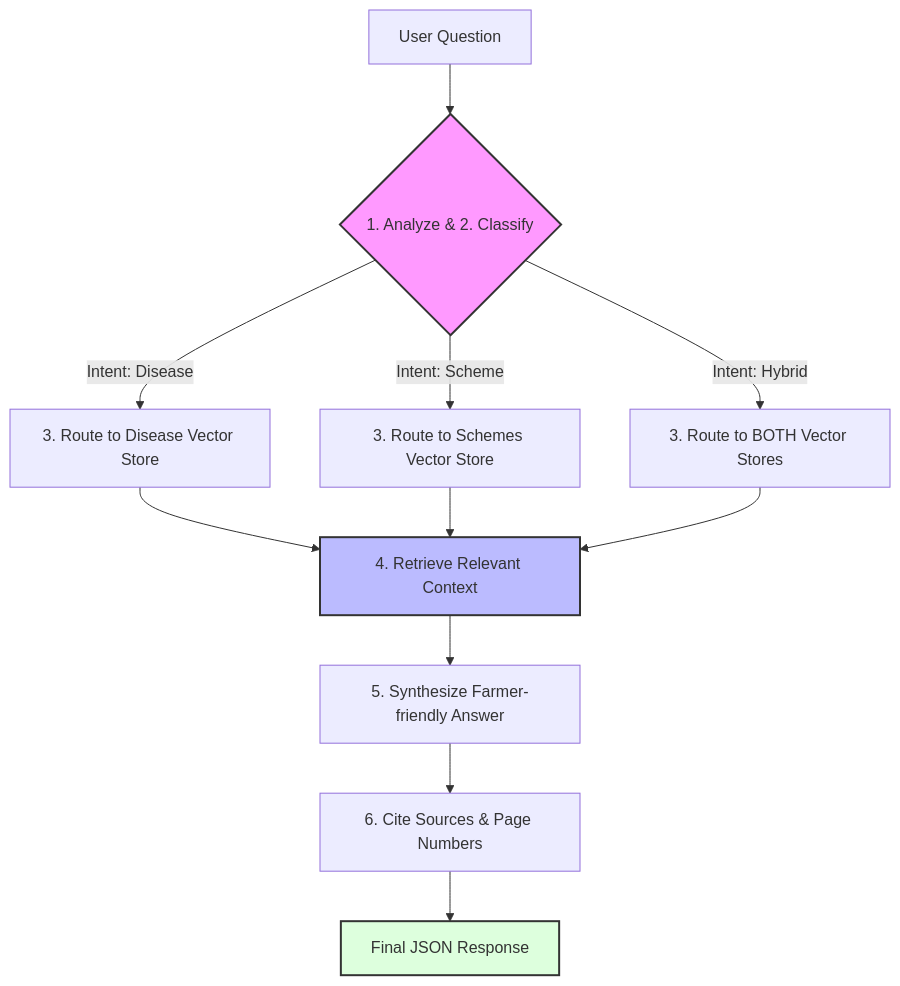
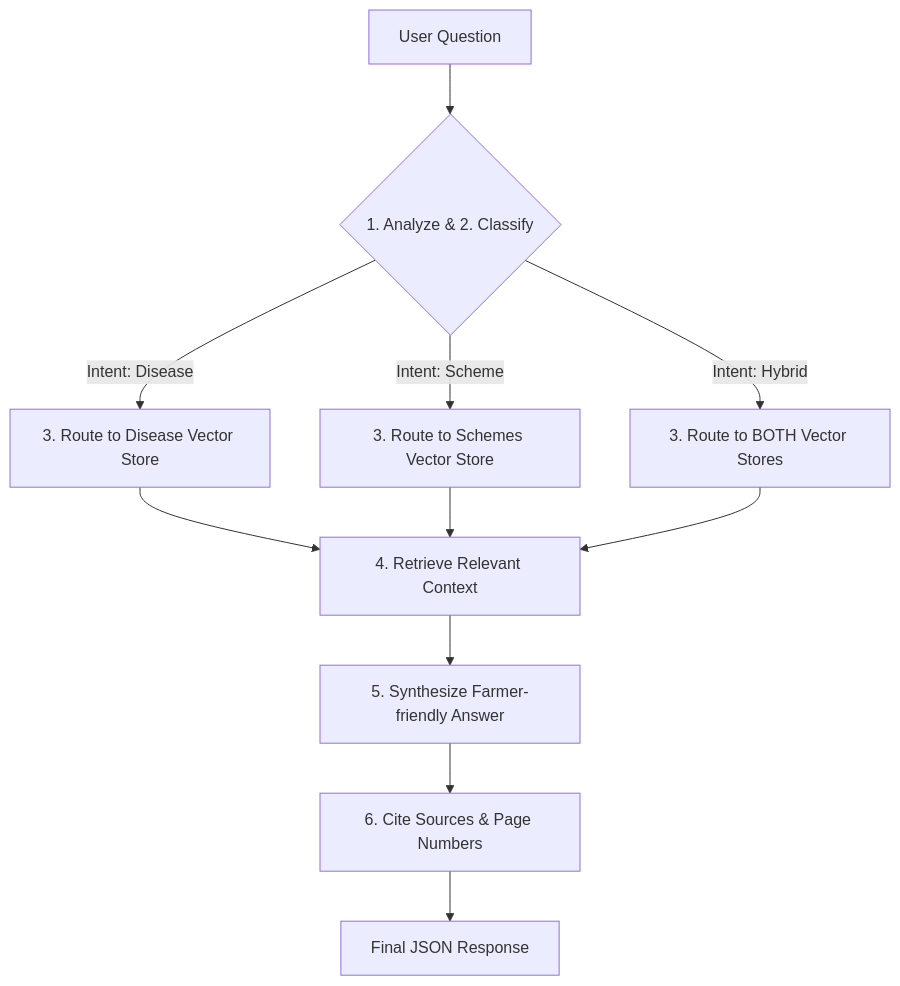
The diagram in README.md (sachin62025/agrigpt-backend), drawn with Mermaid before and after one commit.

````diff
--- a/README.md
+++ b/README.md
@@ -62,27 +62,23 @@
 ```mermaid
 graph TD
     %% Entry Point
     A[User Question] --> B{1. Analyze & 2. Classify}
   
     %% Routing Logic
     B -- "Intent: Disease" --> C1[3. Route to Disease Vector Store]
     B -- "Intent: Scheme" --> C2[3. Route to Schemes Vector Store]
     B -- "Intent: Hybrid" --> C3[3. Route to BOTH Vector Stores]
   
     %% Retrieval Logic
     C1 --> D[4. Retrieve Relevant Context]
     C2 --> D
     C3 --> D
   
     %% Generation Logic
     D --> E[5. Synthesize Farmer-friendly Answer]
     E --> F[6. Cite Sources & Page Numbers]
   
     %% Output
     F --> G[Final JSON Response]
   
-    %% Styling
-    style B fill:#f9f,stroke:#333,stroke-width:2px
-    style D fill:#bbf,stroke:#333,stroke-width:2px
-    style G fill:#dfd,stroke:#333,stroke-width:2px
 ```
````
